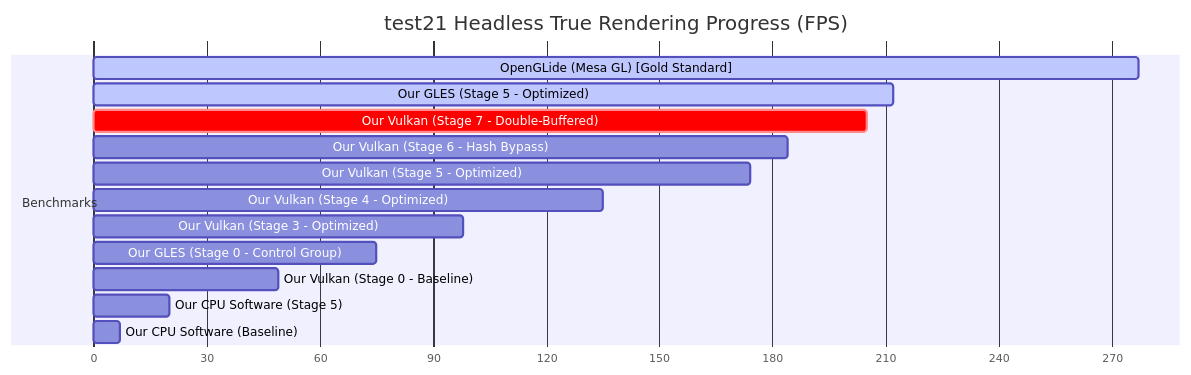
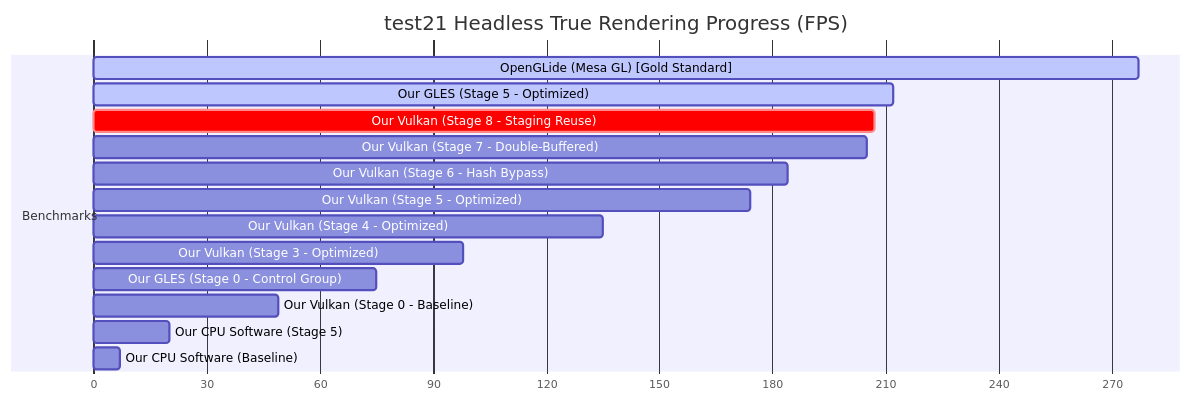
The diagram in docs/vulkan_performance_tracker.md (eugenenuke/glide-ng), drawn with Mermaid before and after one commit. The commit also changed other lines of this file, not shown here.

Commit message:
Update vulkan_performance_tracker.md with Stage 8 Asynchronous Texture Staging results

````diff
--- a/docs/vulkan_performance_tracker.md
+++ b/docs/vulkan_performance_tracker.md
@@ -116,18 +125,19 @@
 ```mermaid
 gantt
     title test21 Headless True Rendering Progress (FPS)
     dateFormat  X
     axisFormat %s
     section Benchmarks
     OpenGLide (Mesa GL) [Gold Standard]   : active, 0, 277
     Our GLES (Stage 5 - Optimized)       : active, 0, 212
-    Our Vulkan (Stage 7 - Double-Buffered) : crit, 0, 205
+    Our Vulkan (Stage 8 - Staging Reuse)  : crit, 0, 207
+    Our Vulkan (Stage 7 - Double-Buffered) : 0, 205
     Our Vulkan (Stage 6 - Hash Bypass)    : 0, 184
     Our Vulkan (Stage 5 - Optimized)     : 0, 174
     Our Vulkan (Stage 4 - Optimized)     : 0, 135
     Our Vulkan (Stage 3 - Optimized)     : 0, 98
     Our GLES (Stage 0 - Control Group)    : 0, 75
     Our Vulkan (Stage 0 - Baseline)      : 0, 49
     Our CPU Software (Stage 5)           : 0, 20
     Our CPU Software (Baseline)          : 0, 7
 ```
````
